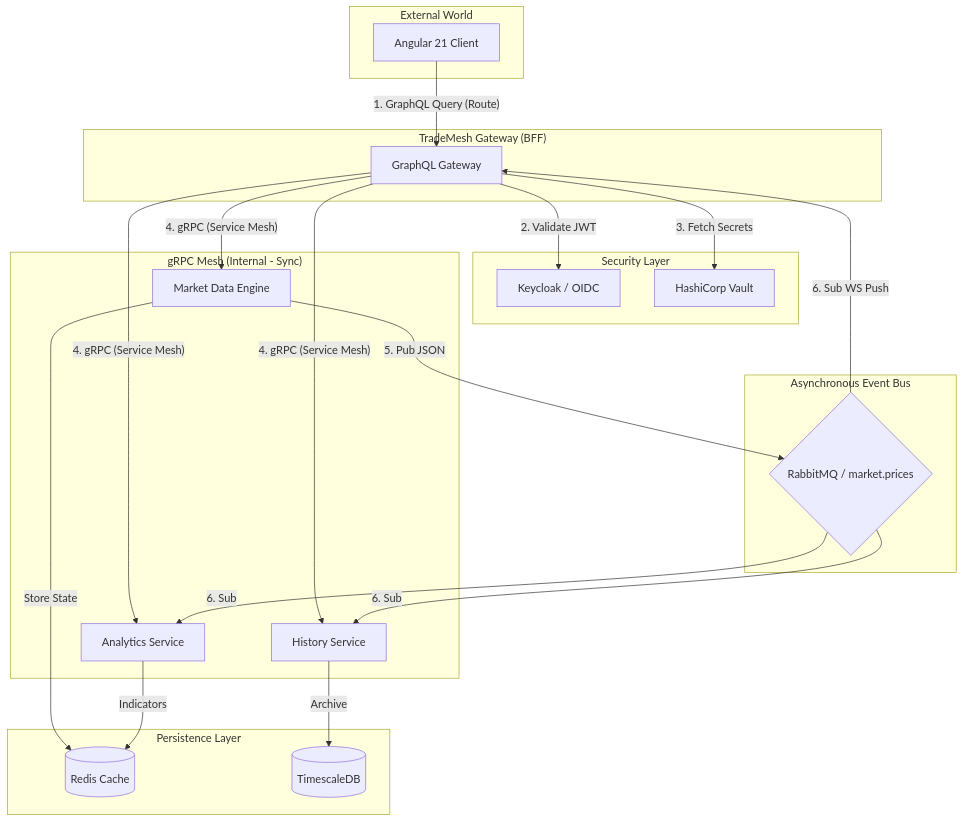
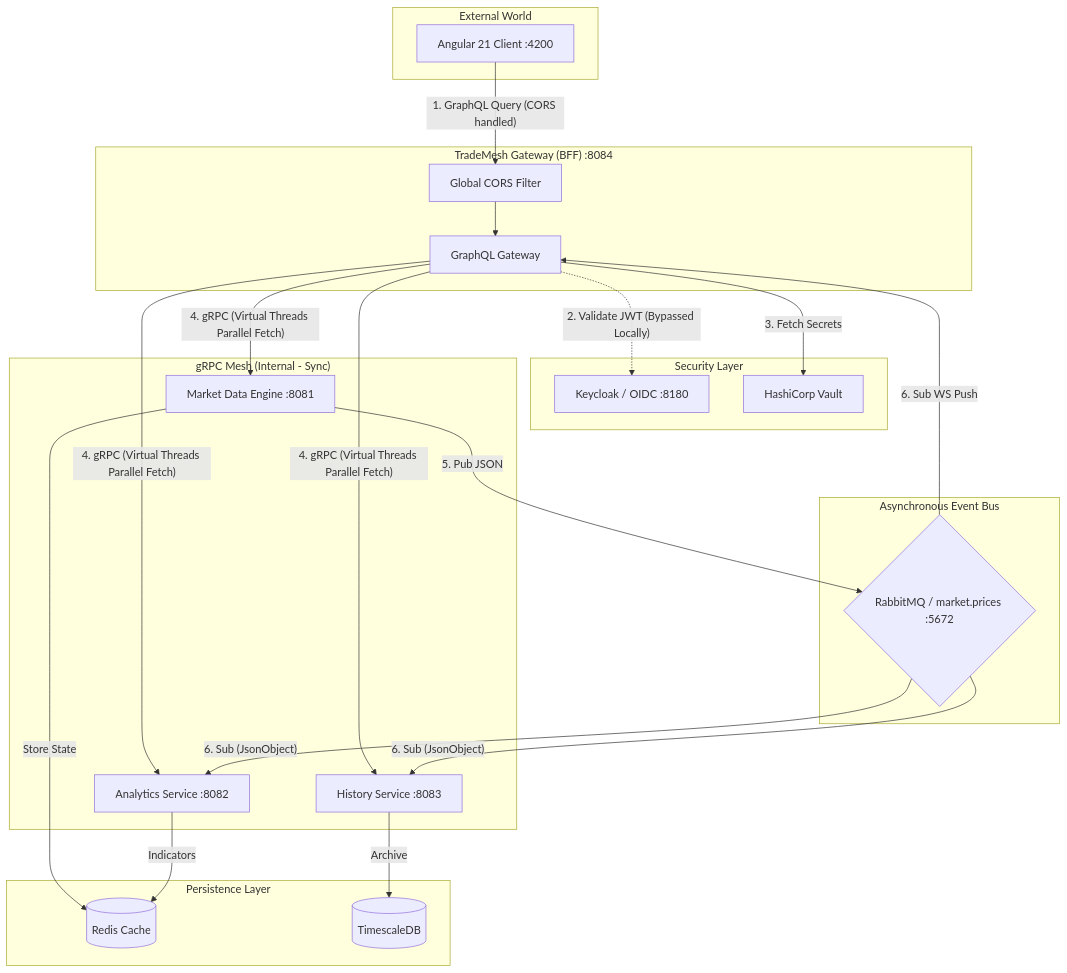
The diagram in README.md (dawidbera/trade-mesh), drawn with Mermaid before and after one commit. The commit also changed other lines of this file and 37 other files, not shown here.

````diff
--- a/README.md
+++ b/README.md
@@ -17,51 +17,53 @@
 ```mermaid
 graph TD
     subgraph "External World"
-        Client[Angular 21 Client]
+        Client[Angular 21 Client :4200]
     end
 
     subgraph "Security Layer"
-        Auth[Keycloak / OIDC]
+        Auth[Keycloak / OIDC :8180]
         Vault[HashiCorp Vault]
     end
 
-    subgraph "TradeMesh Gateway (BFF)"
+    subgraph "TradeMesh Gateway (BFF) :8084"
+        CORS[Global CORS Filter]
         Gateway[GraphQL Gateway]
     end
 
     subgraph "gRPC Mesh (Internal - Sync)"
-        Market[Market Data Engine]
-        Analytics[Analytics Service]
-        History[History Service]
+        Market[Market Data Engine :8081]
+        Analytics[Analytics Service :8082]
+        History[History Service :8083]
     end
 
     subgraph "Asynchronous Event Bus"
-        RabbitMQ{RabbitMQ / market.prices}
+        RabbitMQ{RabbitMQ / market.prices :5672}
     end
 
     subgraph "Persistence Layer"
         Redis[(Redis Cache)]
         Timescale[(TimescaleDB)]
     end
 
     %% Request Flows
-    Client -- "1. GraphQL Query (Route)" --> Gateway
-    Gateway -- "2. Validate JWT" --> Auth
+    Client -- "1. GraphQL Query (CORS handled)" --> CORS
+    CORS --> Gateway
+    Gateway -. "2. Validate JWT (Bypassed Locally)" .-> Auth
     Gateway -- "3. Fetch Secrets" --> Vault
     
     %% Internal gRPC calls (Sync)
-    Gateway -- "4. gRPC (Service Mesh)" --> Market
-    Gateway -- "4. gRPC (Service Mesh)" --> Analytics
-    Gateway -- "4. gRPC (Service Mesh)" --> History
+    Gateway -- "4. gRPC (Virtual Threads Parallel Fetch)" --> Market
+    Gateway -- "4. gRPC (Virtual Threads Parallel Fetch)" --> Analytics
+    Gateway -- "4. gRPC (Virtual Threads Parallel Fetch)" --> History
 
     %% Event Flow (Async)
     Market -- "5. Pub JSON" --> RabbitMQ
-    RabbitMQ -- "6. Sub" --> Analytics
-    RabbitMQ -- "6. Sub" --> History
+    RabbitMQ -- "6. Sub (JsonObject)" --> Analytics
+    RabbitMQ -- "6. Sub (JsonObject)" --> History
     RabbitMQ -- "6. Sub WS Push" --> Gateway
     
     %% Storage
     Market -- "Store State" --> Redis
     Analytics -- "Indicators" --> Redis
     History -- "Archive" --> Timescale
 ```
````
